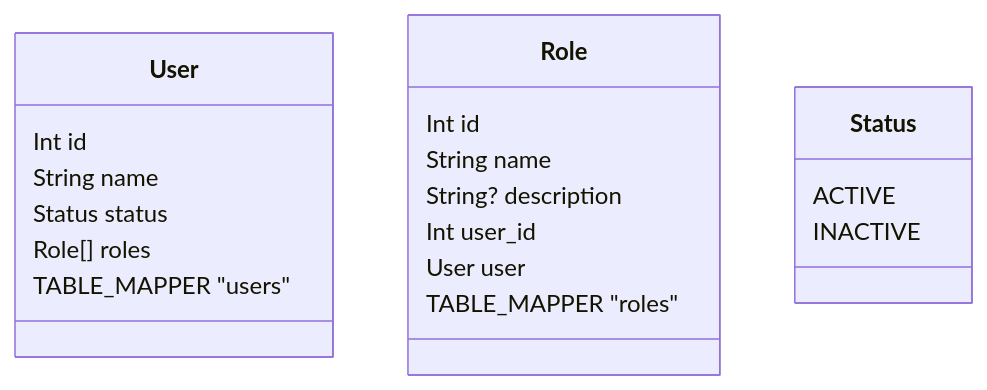
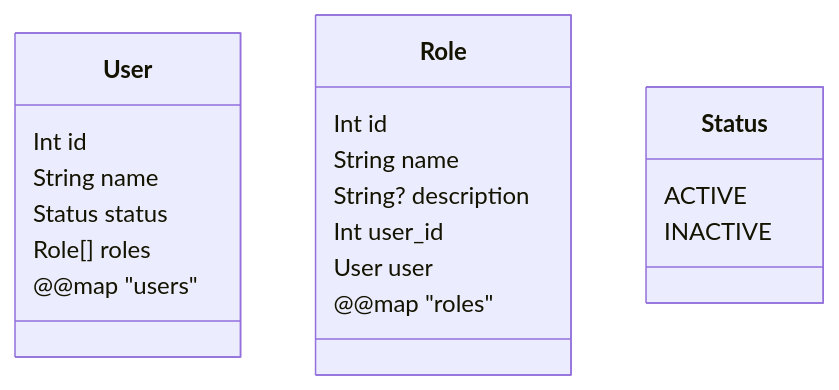
Before and after one commit to Raisess/reflective-mermaid: the diagram in public/output.mmd, drawn with Mermaid. The commit also changed 2 other files, not shown here.

```diff
--- a/public/output.mmd
+++ b/public/output.mmd
@@ -1,20 +1,20 @@
 classDiagram
 	class User {
 		Int id
 		String name
 		Status status
 		Role[] roles
-		TABLE_MAPPER "users"
+		@@map "users"
 	}
 	class Role {
 		Int id
 		String name
 		String? description
 		Int user_id
 		User user
-		TABLE_MAPPER "roles"
+		@@map "roles"
 	}
 	class Status {
 		ACTIVE
 		INACTIVE
 	}
```
